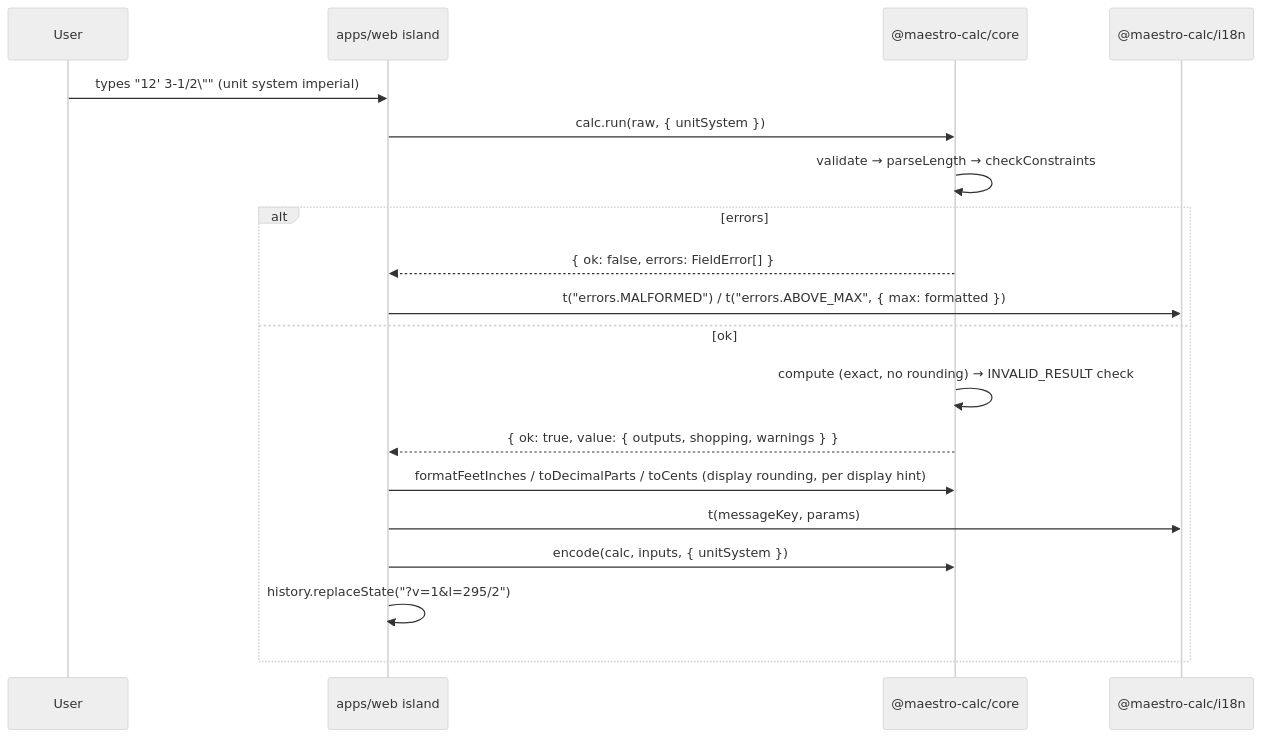
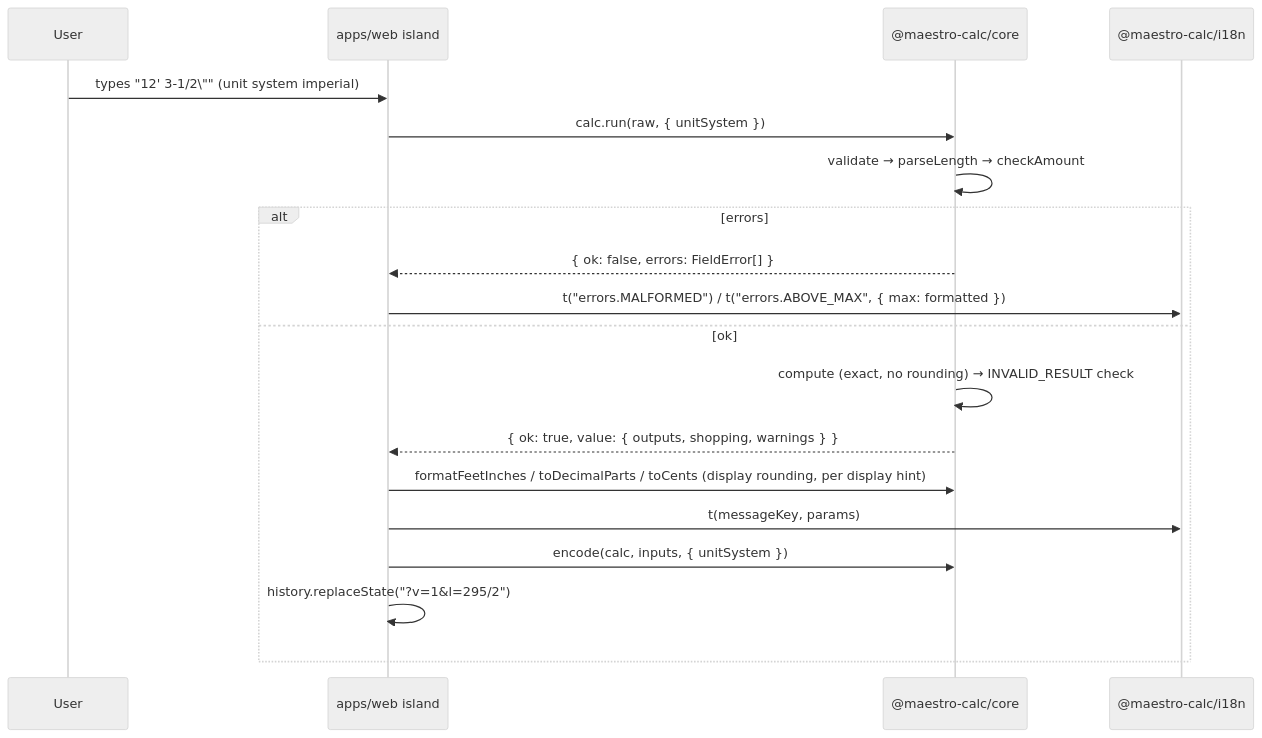
One commit to RodrigoCollins/maestro-calc changed the first of 2 diagrams in openspec/changes/foundation-monorepo-core-engine/design.md. Above: the diagram before and after it, drawn with Mermaid (neutral theme). The commit also changed other lines of this file and 4 other files, not shown here.

````diff
--- a/openspec/changes/foundation-monorepo-core-engine/design.md
+++ b/openspec/changes/foundation-monorepo-core-engine/design.md
@@ -251,21 +251,21 @@
 ```mermaid
 sequenceDiagram
   participant U as User
   participant W as apps/web island
   participant C as @maestro-calc/core
   participant I as @maestro-calc/i18n
   U->>W: types "12' 3-1/2\"" (unit system imperial)
   W->>C: calc.run(raw, { unitSystem })
-  C->>C: validate → parseLength → checkConstraints
+  C->>C: validate → parseLength → checkAmount
   alt errors
     C-->>W: { ok: false, errors: FieldError[] }
     W->>I: t("errors.MALFORMED") / t("errors.ABOVE_MAX", { max: formatted })
   else ok
     C->>C: compute (exact, no rounding) → INVALID_RESULT check
     C-->>W: { ok: true, value: { outputs, shopping, warnings } }
     W->>C: formatFeetInches / toDecimalParts / toCents (display rounding, per display hint)
     W->>I: t(messageKey, params)
     W->>C: encode(calc, inputs, { unitSystem })
     W->>W: history.replaceState("?v=1&l=295/2")
   end
 ```
````
